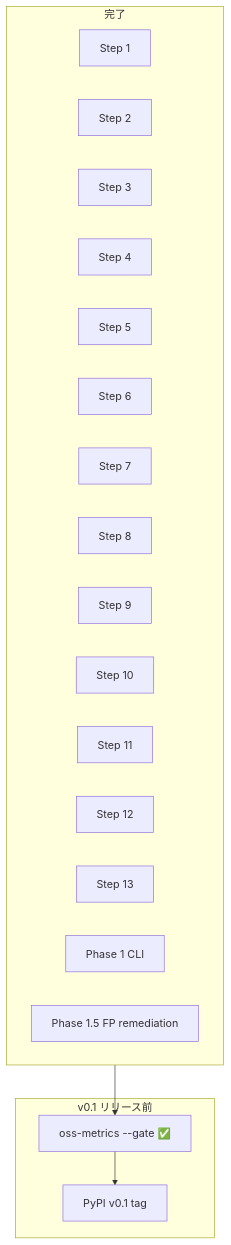
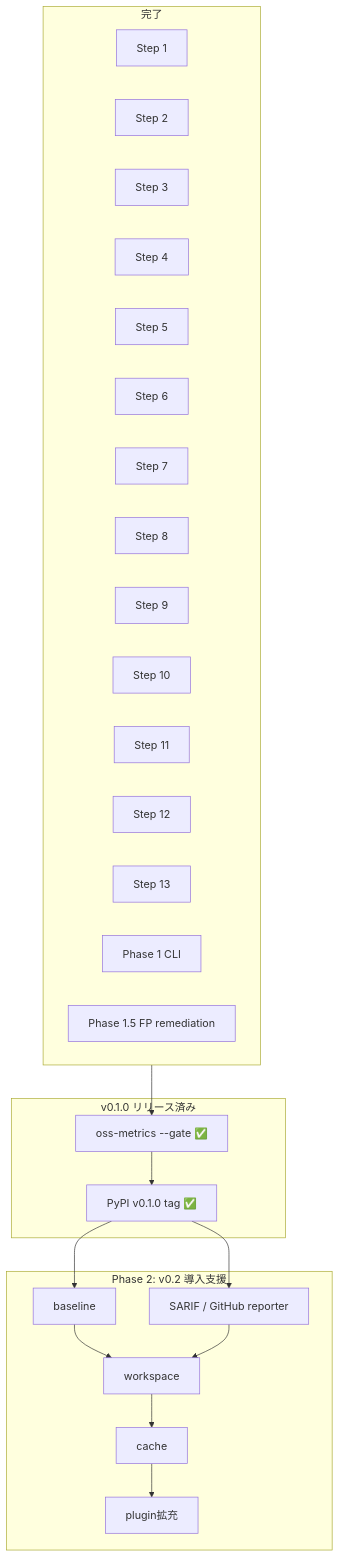
One commit to watany-dev/chokkin changed the diagram in docs/dev/plans/README.md. Above: the diagram before and after it, drawn with Mermaid. The commit also changed other lines of this file and 5 other files, not shown here.

````diff
--- a/docs/dev/plans/README.md
+++ b/docs/dev/plans/README.md
@@ -40,28 +41,42 @@
 ```mermaid
 flowchart TB
   subgraph done [完了]
     S1[Step 1]
     S2[Step 2]
     S3[Step 3]
     S4[Step 4]
     S5[Step 5]
     S6[Step 6]
     S7[Step 7]
     S8[Step 8]
     S9[Step 9]
     S10[Step 10]
     S11[Step 11]
     S12[Step 12]
     S13[Step 13]
     P1[Phase 1 CLI]
     P15[Phase 1.5 FP remediation]
   end
 
-  subgraph remaining [v0.1 リリース前]
+  subgraph released [v0.1.0 リリース済み]
     GATE[oss-metrics --gate ✅]
-    TAG[PyPI v0.1 tag]
+    TAG[PyPI v0.1.0 tag ✅]
+  end
+
+  subgraph next [Phase 2: v0.2 導入支援]
+    BASELINE[baseline]
+    CI[SARIF / GitHub reporter]
+    WORKSPACE[workspace]
+    CACHE[cache]
+    PLUGINS[plugin拡充]
   end
 
   done --> GATE
   GATE --> TAG
+  TAG --> BASELINE
+  TAG --> CI
+  BASELINE --> WORKSPACE
+  CI --> WORKSPACE
+  WORKSPACE --> CACHE
+  CACHE --> PLUGINS
 ```
````
